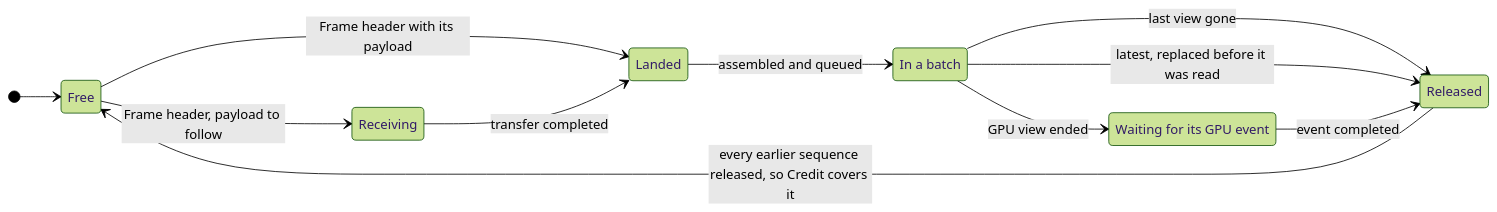
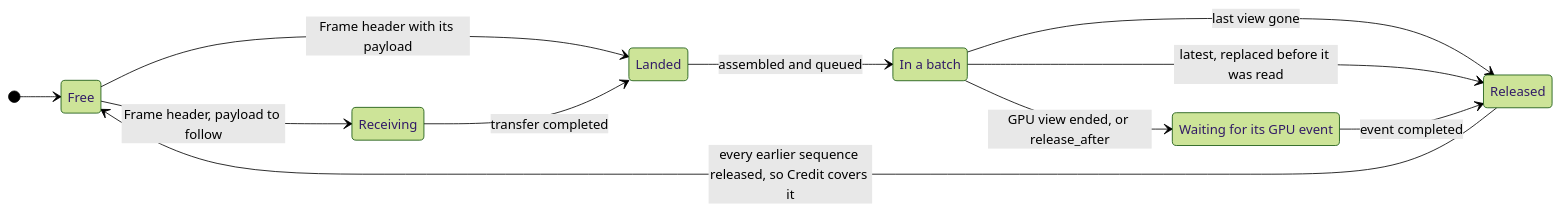
One commit to srwohl/tango-ucx changed the ninth of 11 diagrams in docs/diagrams.md. Above: the diagram before and after it, drawn with Mermaid (forest theme). The commit also changed other lines of this file and 9 other files, not shown here.

````diff
--- a/docs/diagrams.md
+++ b/docs/diagrams.md
@@ -413,21 +419,21 @@
 ```mermaid
 stateDiagram-v2
     direction LR
     state "Free" as Free
     state "Receiving" as Receiving
     state "Landed" as Landed
     state "In a batch" as InBatch
     state "Waiting for its GPU event" as EventWait
     state "Released" as Released
 
     [*] --> Free
     Free --> Receiving: Frame header, payload to follow
     Free --> Landed: Frame header with its payload
     Receiving --> Landed: transfer completed
     Landed --> InBatch: assembled and queued
     InBatch --> Released: last view gone
     InBatch --> Released: latest, replaced before it was read
-    InBatch --> EventWait: GPU view ended
+    InBatch --> EventWait: GPU view ended, or release_after
     EventWait --> Released: event completed
     Released --> Free: every earlier sequence released, so Credit covers it
 ```
````
